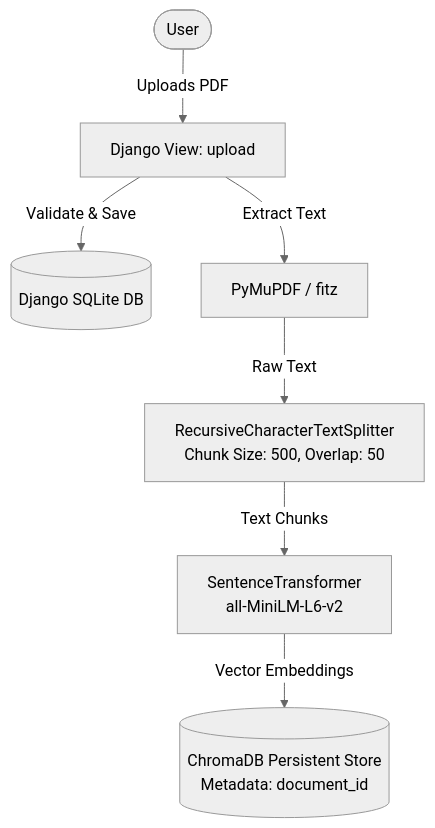
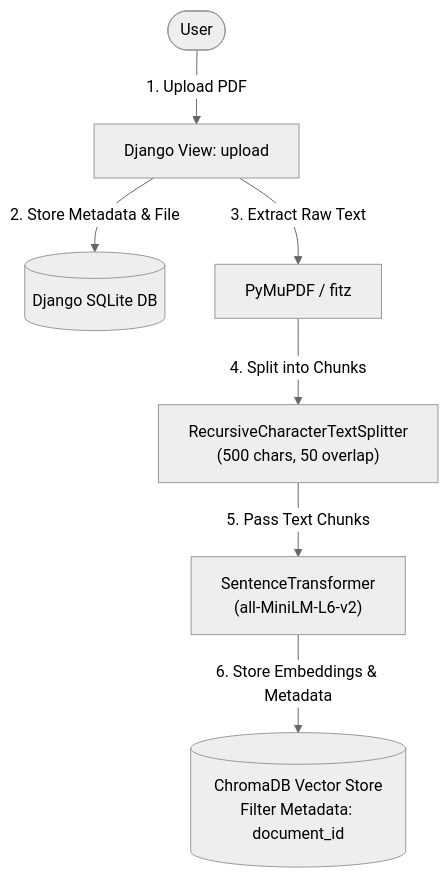
Before and after one commit to SENTHIL-NETXYPER/techjays_rag_senthil: the first of 2 diagrams in README.md, drawn with Mermaid (neutral theme). The commit also changed other lines of this file, not shown here.

Commit message:
Clarify architecture flowcharts with step-by-step sequential flow

````diff
--- a/README.md
+++ b/README.md
@@ -57,9 +57,9 @@
 ```mermaid
 flowchart TD
-    User(["User"]) -->|Uploads PDF| DjangoUpload["Django View: upload"]
-    DjangoUpload -->|Validate & Save| SQLite[("Django SQLite DB")]
-    DjangoUpload -->|Extract Text| PyMuPDF["PyMuPDF / fitz"]
-    PyMuPDF -->|Raw Text| TextChunker["RecursiveCharacterTextSplitter<br/>Chunk Size: 500, Overlap: 50"]
-    TextChunker -->|Text Chunks| Encoder["SentenceTransformer<br/>all-MiniLM-L6-v2"]
-    Encoder -->|Vector Embeddings| ChromaDB[("ChromaDB Persistent Store<br/>Metadata: document_id")]
+    User(["User"]) -->|1. Upload PDF| DjangoUpload["Django View: upload"]
+    DjangoUpload -->|2. Store Metadata & File| SQLite[("Django SQLite DB")]
+    DjangoUpload -->|3. Extract Raw Text| PyMuPDF["PyMuPDF / fitz"]
+    PyMuPDF -->|4. Split into Chunks| TextChunker["RecursiveCharacterTextSplitter<br/>(500 chars, 50 overlap)"]
+    TextChunker -->|5. Pass Text Chunks| Encoder["SentenceTransformer<br/>(all-MiniLM-L6-v2)"]
+    Encoder -->|6. Store Embeddings & Metadata| ChromaDB[("ChromaDB Vector Store<br/>Filter Metadata: document_id")]
 ```
````
